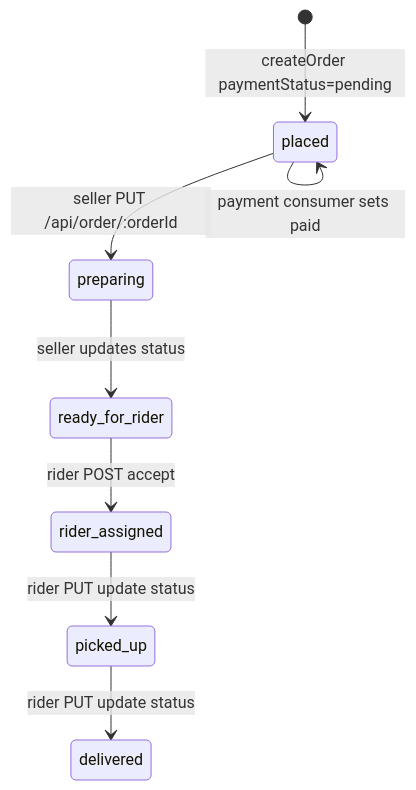
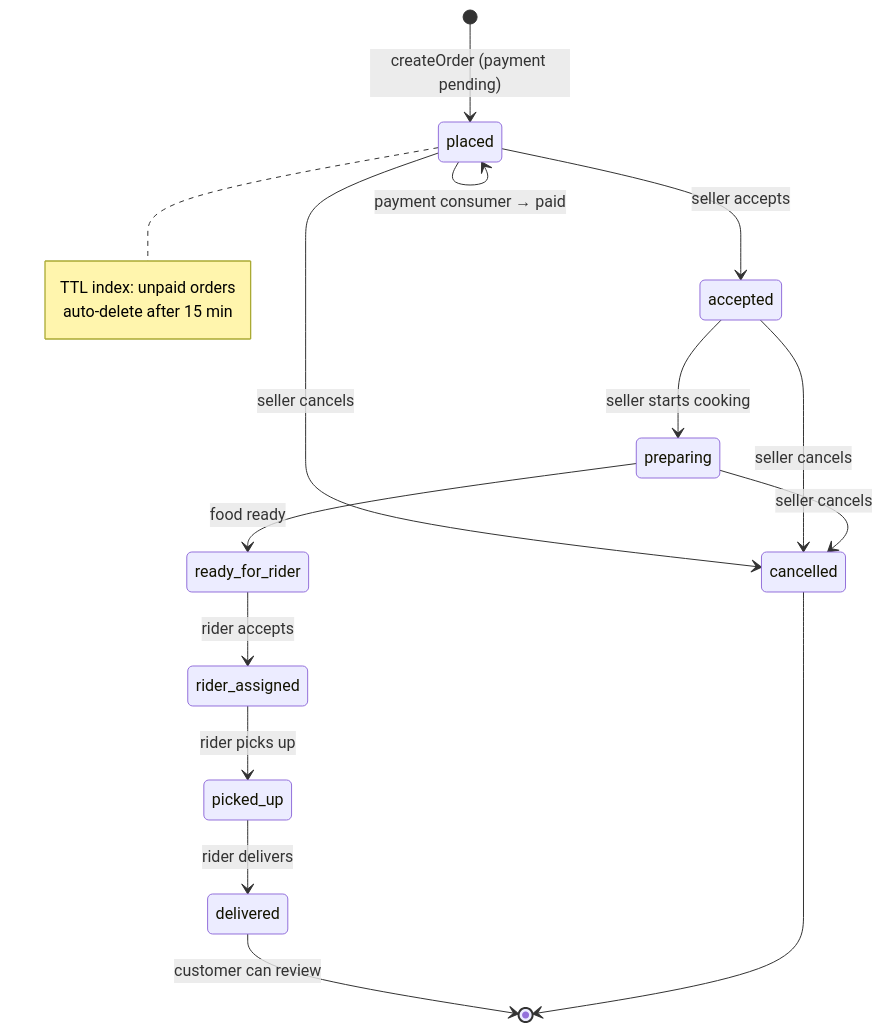
The fifth of 18 diagrams in ARCHITECTURE.md (subhm2004/ByteBites), drawn with Mermaid before and after one commit. The commit also changed other lines of this file and 1 other file, not shown here.

````diff
--- a/ARCHITECTURE.md
+++ b/ARCHITECTURE.md
@@ -173,10 +213,21 @@
 ```mermaid
 stateDiagram-v2
-    [*] --> placed: createOrder paymentStatus=pending
-    placed --> placed: payment consumer sets paid
-    placed --> preparing: seller PUT /api/order/:orderId
-    preparing --> ready_for_rider: seller updates status
-    ready_for_rider --> rider_assigned: rider POST accept
-    rider_assigned --> picked_up: rider PUT update status
-    picked_up --> delivered: rider PUT update status
+    [*] --> placed: createOrder (payment pending)
+    placed --> placed: payment consumer → paid
+    placed --> accepted: seller accepts
+    placed --> cancelled: seller cancels
+    accepted --> preparing: seller starts cooking
+    accepted --> cancelled: seller cancels
+    preparing --> ready_for_rider: food ready
+    preparing --> cancelled: seller cancels
+    ready_for_rider --> rider_assigned: rider accepts
+    rider_assigned --> picked_up: rider picks up
+    picked_up --> delivered: rider delivers
+    delivered --> [*]: customer can review
+    cancelled --> [*]
+
+    note right of placed
+        TTL index: unpaid orders
+        auto-delete after 15 min
+    end note
 ```
````
